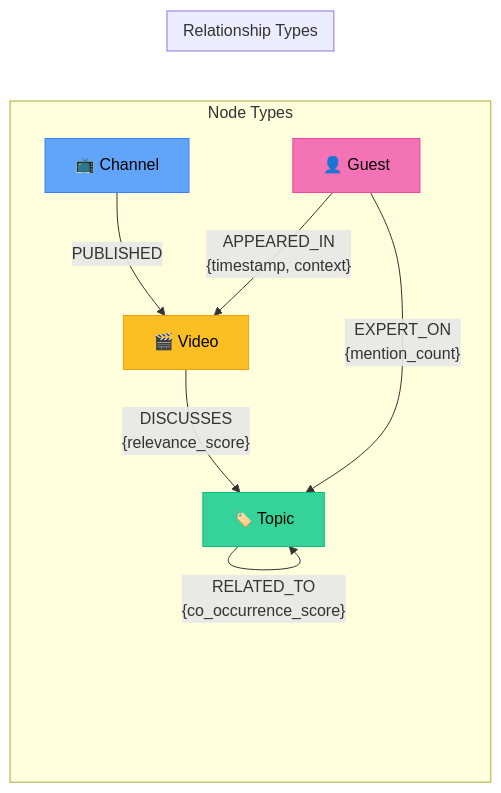
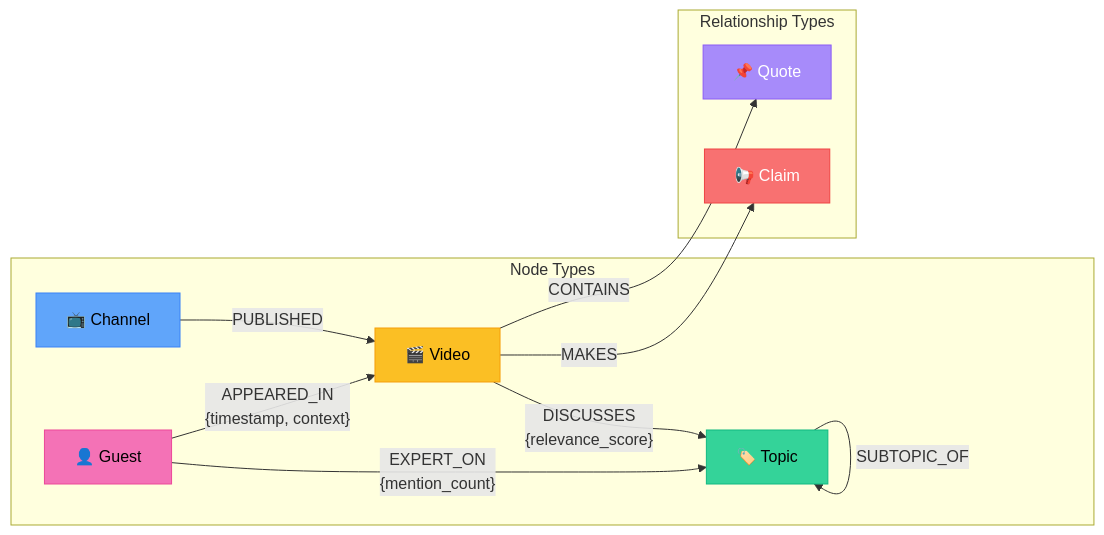
One commit to AmanGarg1999/YTVault changed the fifth of 7 diagrams in Technical_Specification.md. Above: the diagram before and after it, drawn with Mermaid. The commit also changed other lines of this file and 5 other files, not shown here.

````diff
--- a/Technical_Specification.md
+++ b/Technical_Specification.md
@@ -621,22 +621,27 @@
 ```mermaid
 graph LR
     subgraph "Node Types"
         V["🎬 Video"]
         C["📺 Channel"]
         G["👤 Guest"]
         T["🏷️ Topic"]
     end
 
     subgraph "Relationship Types"
         C -->|"PUBLISHED"| V
         G -->|"APPEARED_IN<br/>{timestamp, context}"| V
         V -->|"DISCUSSES<br/>{relevance_score}"| T
         G -->|"EXPERT_ON<br/>{mention_count}"| T
-        T -->|"RELATED_TO<br/>{co_occurrence_score}"| T
+        T -->|"RELATED_TO<br/>{relationship_type}"| T
+        T -->|"SUBTOPIC_OF"| T
+        V -->|"CONTAINS"| Q["📌 Quote"]
+        V -->|"MAKES"| CL["📢 Claim"]
     end
 
     style V fill:#fbbf24,stroke:#f59e0b,color:#000
     style C fill:#60a5fa,stroke:#3b82f6,color:#000
     style G fill:#f472b6,stroke:#ec4899,color:#000
     style T fill:#34d399,stroke:#10b981,color:#000
+    style Q fill:#a78bfa,stroke:#8b5cf6,color:#fff
+    style CL fill:#f87171,stroke:#ef4444,color:#fff
 ```
````
